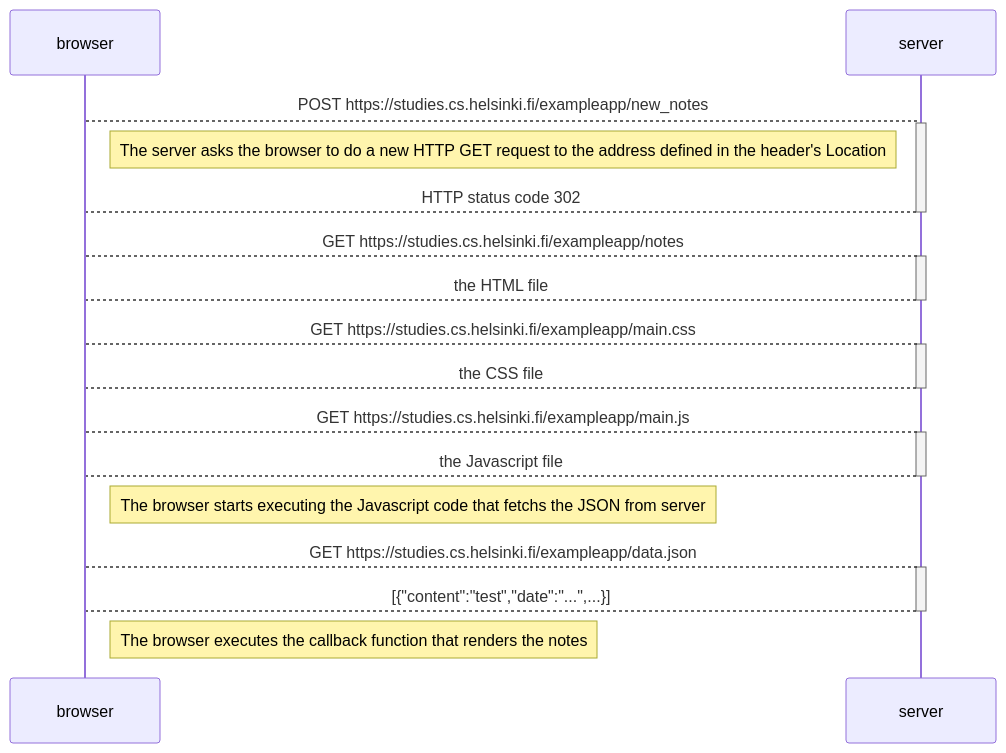
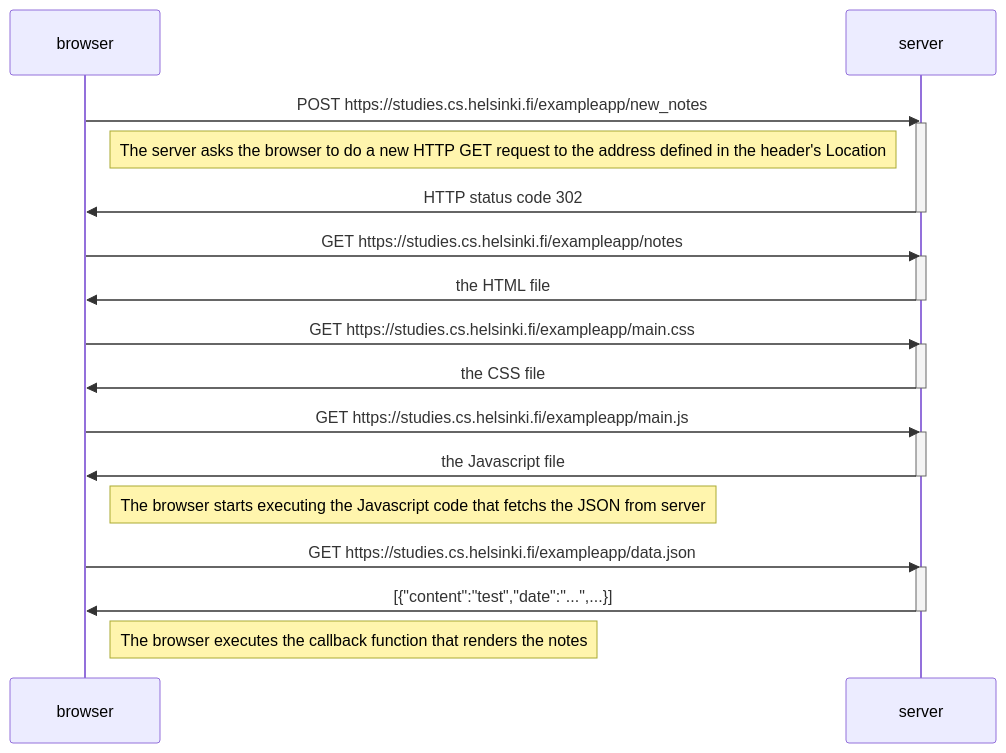
The diagram in part0/04-newnote.md (dung8466/FullStackOpen), drawn with Mermaid before and after one commit.

````diff
--- a/part0/04-newnote.md
+++ b/part0/04-newnote.md
@@ -2,37 +2,37 @@
 ```mermaid
 sequenceDiagram
     participant browser
     participant server
 
-    browser-->server: POST https://studies.cs.helsinki.fi/exampleapp/new_notes
+    browser->>server: POST https://studies.cs.helsinki.fi/exampleapp/new_notes
     activate server
 
     Note left of server: The server asks the browser to do a new HTTP GET request to the address defined in the header's Location
 
-    server-->browser: HTTP status code 302
+    server->>browser: HTTP status code 302
     deactivate server
 
-    browser-->server: GET https://studies.cs.helsinki.fi/exampleapp/notes
+    browser->>server: GET https://studies.cs.helsinki.fi/exampleapp/notes
     activate server
-    server-->browser: the HTML file
+    server->>browser: the HTML file
     deactivate server
 
-    browser-->server: GET https://studies.cs.helsinki.fi/exampleapp/main.css
+    browser->>server: GET https://studies.cs.helsinki.fi/exampleapp/main.css
     activate server
-    server-->browser: the CSS file
+    server->>browser: the CSS file
     deactivate server
 
-    browser-->server: GET https://studies.cs.helsinki.fi/exampleapp/main.js
+    browser->>server: GET https://studies.cs.helsinki.fi/exampleapp/main.js
     activate server
-    server-->browser: the Javascript file
+    server->>browser: the Javascript file
     deactivate server
 
     Note right of browser: The browser starts executing the Javascript code that fetchs the JSON from server
 
-    browser-->server: GET https://studies.cs.helsinki.fi/exampleapp/data.json
+    browser->>server: GET https://studies.cs.helsinki.fi/exampleapp/data.json
     activate server
-    server-->browser: [{"content":"test","date":"...",...}]
+    server->>browser: [{"content":"test","date":"...",...}]
     deactivate server
 
     Note right of browser: The browser executes the callback function that renders the notes
 ```
````
